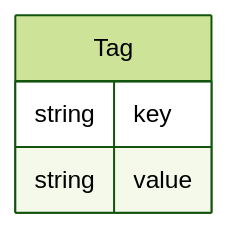
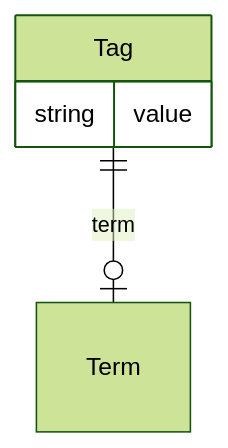
Before and after one commit to mbsantiago/soundevent: the second of 4 diagrams in docs/data_schemas/descriptors.md, drawn with Mermaid (forest theme). The commit also changed other lines of this file and 43 other files, not shown here.

````diff
--- a/docs/data_schemas/descriptors.md
+++ b/docs/data_schemas/descriptors.md
@@ -45,7 +41,8 @@
 ```mermaid
 erDiagram
-    Tag{
-        string key
+    Tag {
         string value
     }
+    Term
+    Tag ||--o| Term: term
 ```
````
